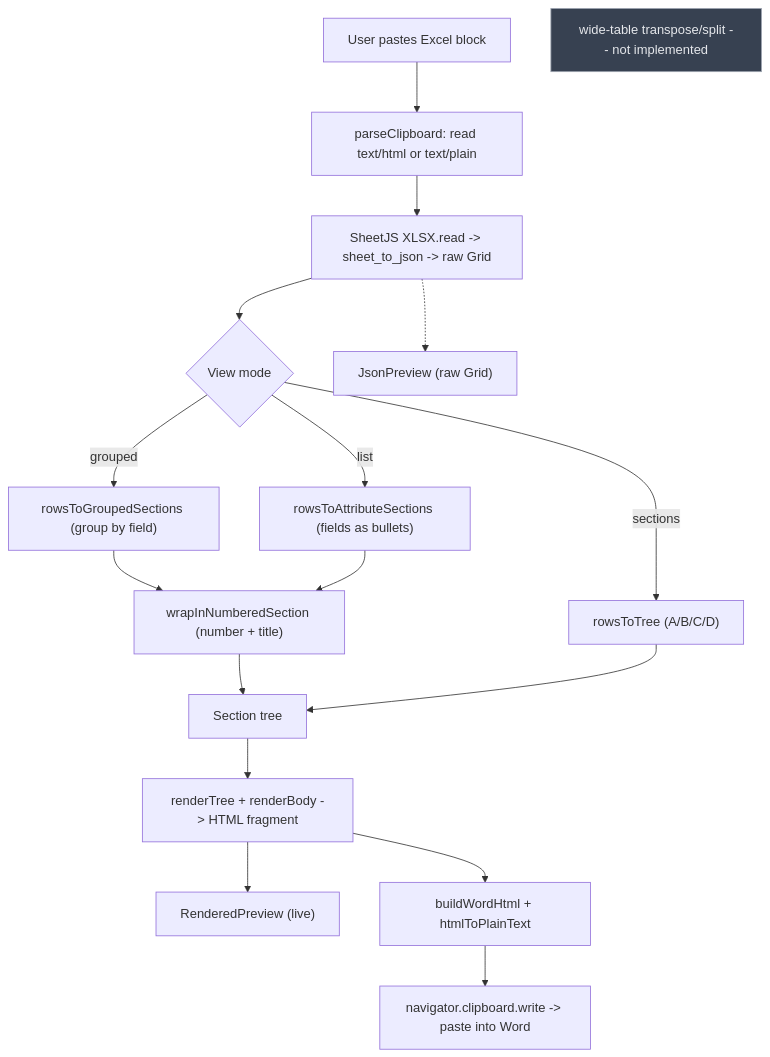
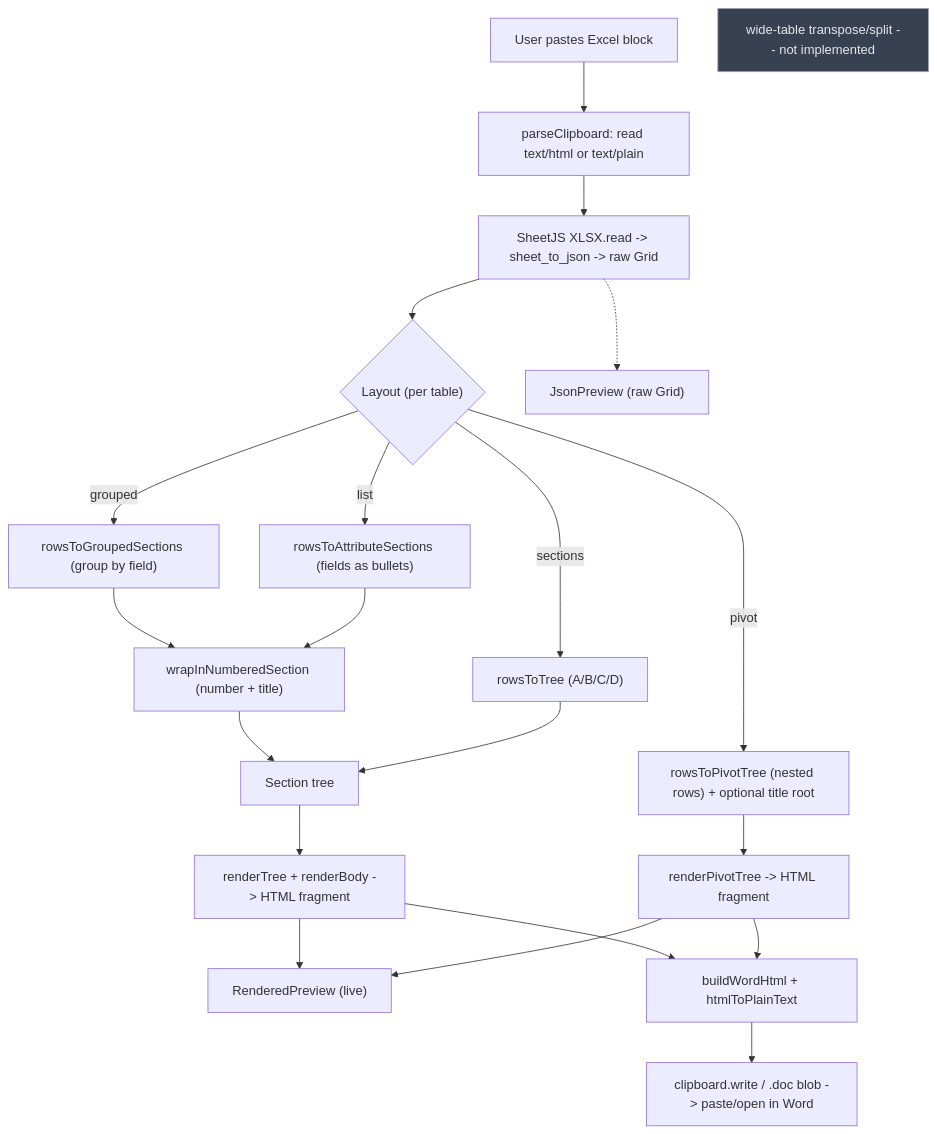
The diagram in docs/ARCHITECTURE.md (maybiiLen/Excel-Parser-), drawn with Mermaid before and after one commit. The commit also changed other lines of this file and 9 other files, not shown here.

````diff
--- a/docs/ARCHITECTURE.md
+++ b/docs/ARCHITECTURE.md
@@ -102,29 +123,34 @@
 ```mermaid
 flowchart TD
     A["User pastes Excel block"]
     B["parseClipboard: read text/html or text/plain"]
     C["SheetJS XLSX.read -> sheet_to_json -> raw Grid"]
-    V{"View mode"}
+    V{"Layout (per table)"}
     G["rowsToGroupedSections (group by field)"]
     L["rowsToAttributeSections (fields as bullets)"]
     S["rowsToTree (A/B/C/D)"]
+    PV["rowsToPivotTree (nested rows) + optional title root"]
     T["Section tree"]
     R["renderTree + renderBody -> HTML fragment"]
+    RP["renderPivotTree -> HTML fragment"]
     P["RenderedPreview (live)"]
     J["JsonPreview (raw Grid)"]
     W["buildWordHtml + htmlToPlainText"]
-    X["navigator.clipboard.write -> paste into Word"]
+    X["clipboard.write / .doc blob -> paste/open in Word"]
     NW["wrapInNumberedSection (number + title)"]
     A --> B --> C --> V
     V -->|grouped| G --> NW
     V -->|list| L --> NW
     NW --> T
     V -->|sections| S --> T
+    V -->|pivot| PV --> RP
     T --> R --> P
+    RP --> P
     C -.-> J
     R --> W --> X
+    RP --> W
 
     K["wide-table transpose/split -- not implemented"]
     class K deferred;
     classDef deferred fill:#374151,stroke:#9ca3af,color:#e5e7eb;
 ```
````
